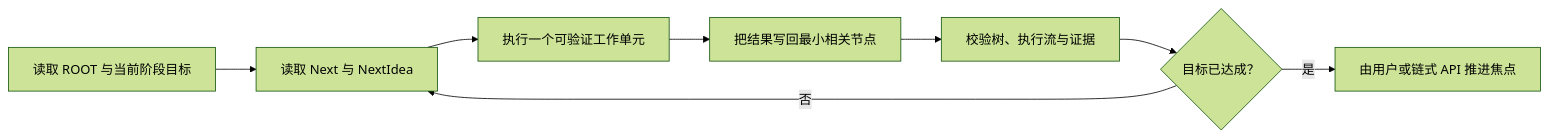
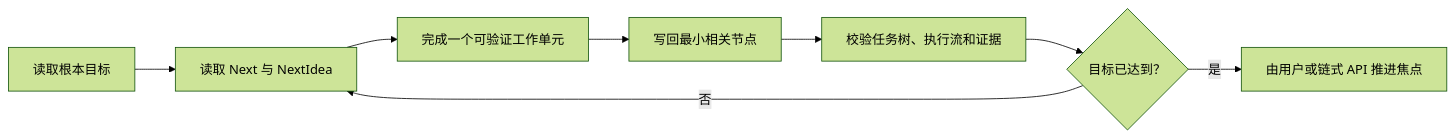
The diagram in README.md (guess-guess-who-i-am/llm-task-tree), drawn with Mermaid (forest theme) before and after one commit. The commit also changed other lines of this file and 8 other files, not shown here.

````diff
--- a/README.md
+++ b/README.md
@@ -123,10 +116,10 @@
 ```mermaid
 flowchart LR
-    A["读取 ROOT 与当前阶段目标"] --> B["读取 Next 与 NextIdea"]
-    B --> C["执行一个可验证工作单元"]
-    C --> D["把结果写回最小相关节点"]
-    D --> E["校验树、执行流与证据"]
-    E --> F{"目标已达成？"}
+    A["读取根本目标"] --> B["读取 Next 与 NextIdea"]
+    B --> C["完成一个可验证工作单元"]
+    C --> D["写回最小相关节点"]
+    D --> E["校验任务树、执行流和证据"]
+    E --> F{"目标已达到？"}
     F -- "否" --> B
     F -- "是" --> G["由用户或链式 API 推进焦点"]
 ```
````
